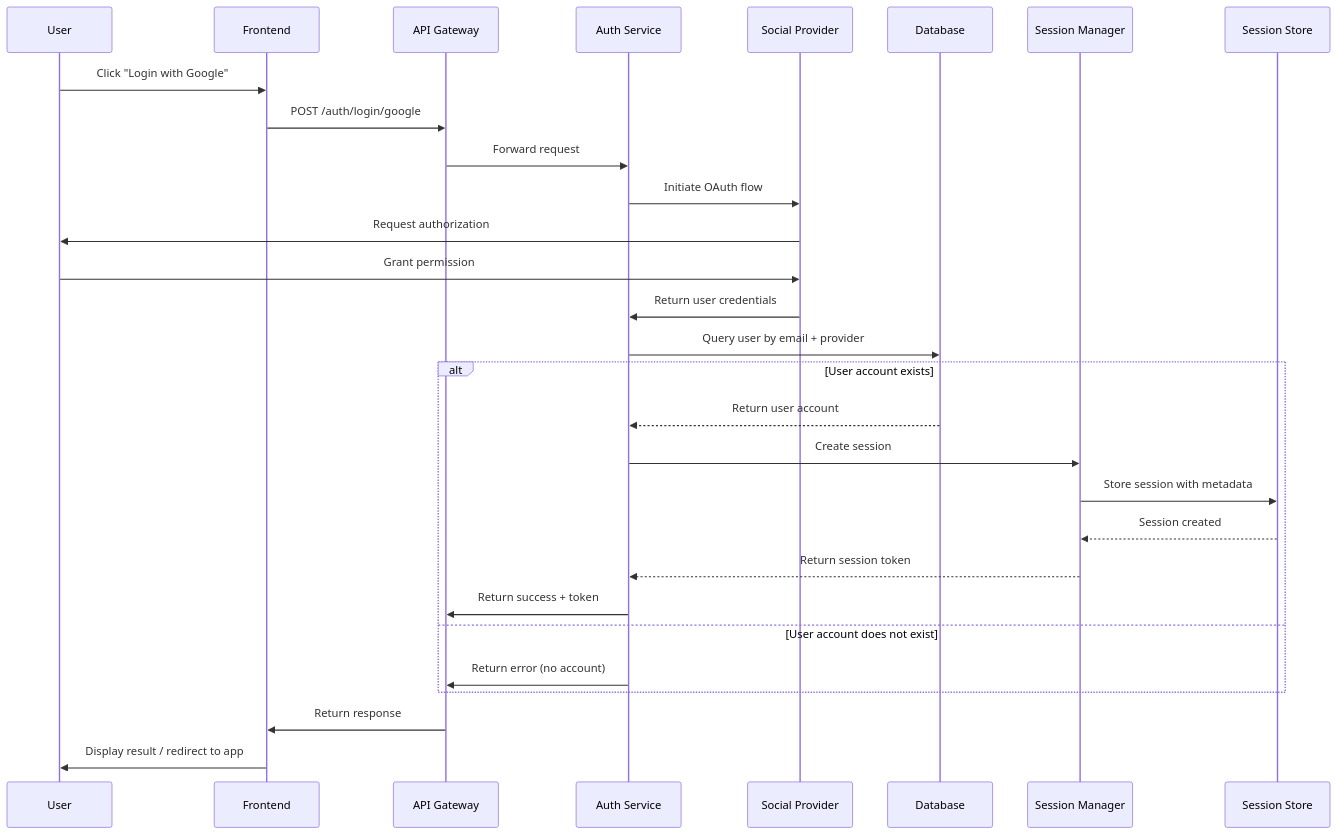
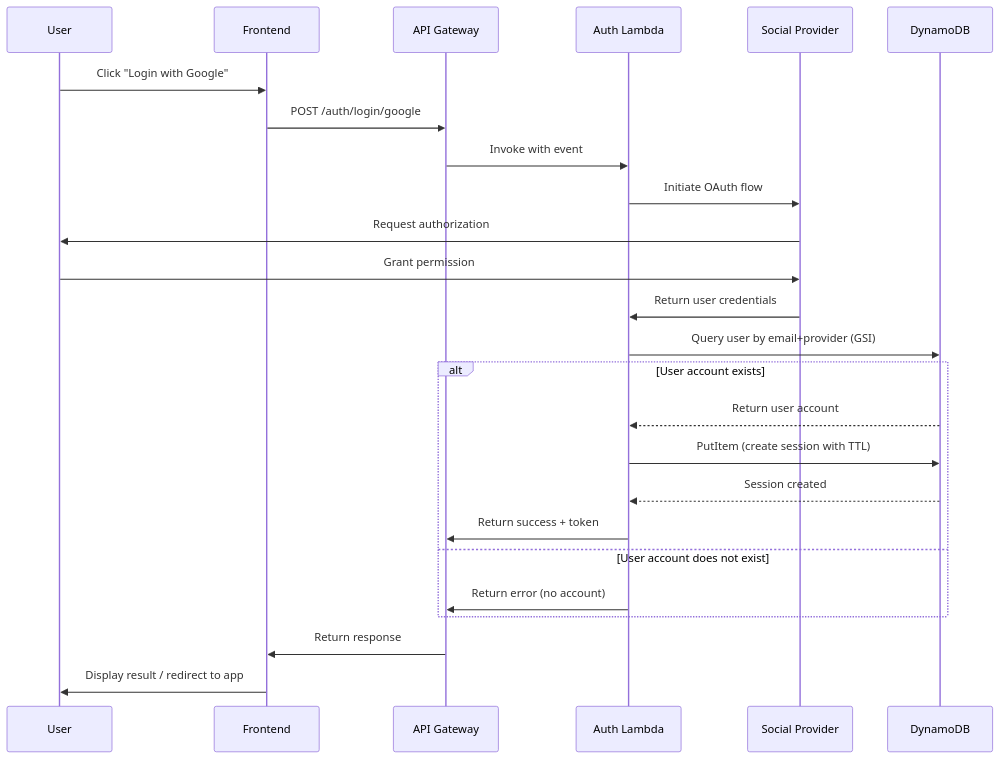
The third of 3 diagrams in .kiro/specs/user-registration-service/design.md (sdronava/yomite), drawn with Mermaid before and after one commit. The commit also changed other lines of this file and 9 other files, not shown here.

First line of the commit message:
Consolidate to serverless design as primary architecture

````diff
--- a/.kiro/specs/user-registration-service/design.md
+++ b/.kiro/specs/user-registration-service/design.md
@@ -118,34 +187,30 @@
 ```mermaid
 sequenceDiagram
     participant User
     participant Frontend
     participant API Gateway
-    participant Auth Service
+    participant Auth Lambda
     participant Social Provider
-    participant Database
-    participant Session Manager
-    participant Session Store
+    participant DynamoDB
     
     User->>Frontend: Click "Login with Google"
     Frontend->>API Gateway: POST /auth/login/google
-    API Gateway->>Auth Service: Forward request
-    Auth Service->>Social Provider: Initiate OAuth flow
+    API Gateway->>Auth Lambda: Invoke with event
+    Auth Lambda->>Social Provider: Initiate OAuth flow
     Social Provider->>User: Request authorization
     User->>Social Provider: Grant permission
-    Social Provider->>Auth Service: Return user credentials
-    Auth Service->>Database: Query user by email + provider
+    Social Provider->>Auth Lambda: Return user credentials
+    Auth Lambda->>DynamoDB: Query user by email+provider (GSI)
     
     alt User account exists
-        Database-->>Auth Service: Return user account
-        Auth Service->>Session Manager: Create session
-        Session Manager->>Session Store: Store session with metadata
-        Session Store-->>Session Manager: Session created
-        Session Manager-->>Auth Service: Return session token
-        Auth Service->>API Gateway: Return success + token
+        DynamoDB-->>Auth Lambda: Return user account
+        Auth Lambda->>DynamoDB: PutItem (create session with TTL)
+        DynamoDB-->>Auth Lambda: Session created
+        Auth Lambda->>API Gateway: Return success + token
     else User account does not exist
-        Auth Service->>API Gateway: Return error (no account)
+        Auth Lambda->>API Gateway: Return error (no account)
     end
     
     API Gateway->>Frontend: Return response
     Frontend->>User: Display result / redirect to app
 ```
````
